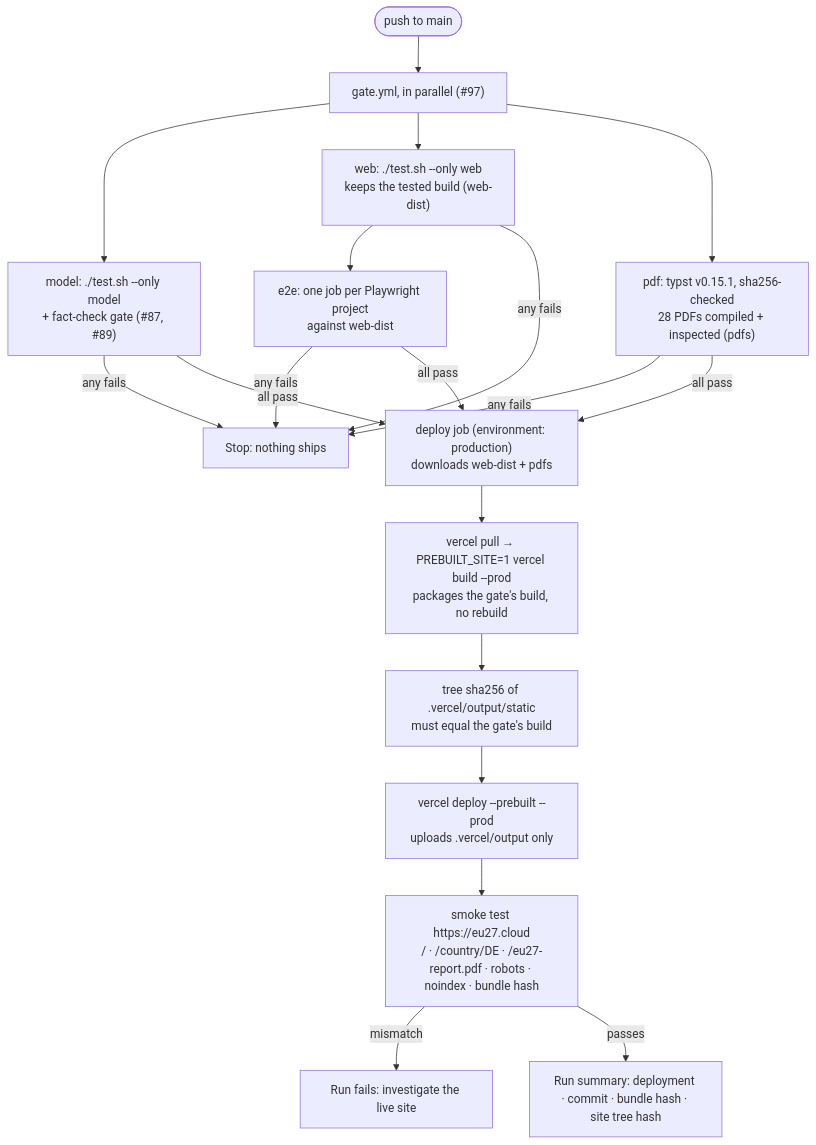
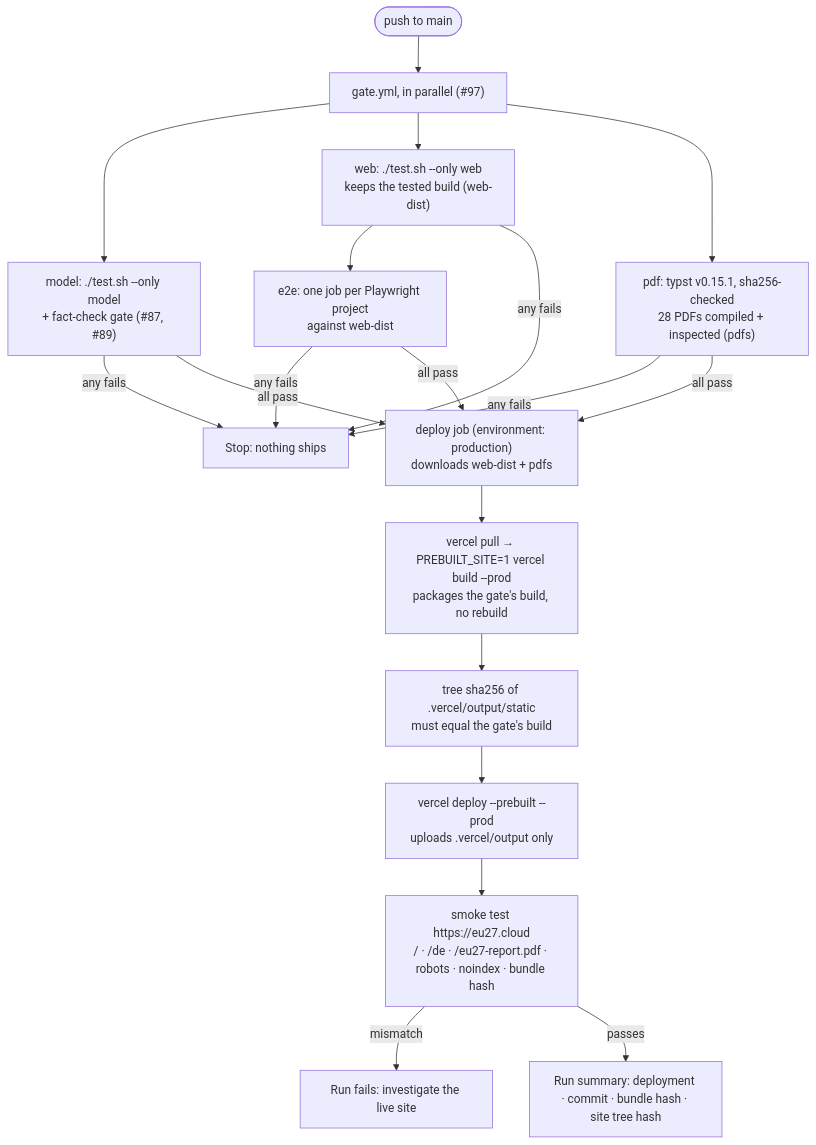
One commit to EU27-data-sovereignty/eu27-data-sovereignty changed the diagram in DEPLOYMENT.md. Above: the diagram before and after it, drawn with Mermaid. The commit also changed other lines of this file and 19 other files, not shown here.

````diff
--- a/DEPLOYMENT.md
+++ b/DEPLOYMENT.md
@@ -45,16 +45,16 @@
 ```mermaid
 flowchart TD
     P([push to main]) --> G["gate.yml, in parallel (#97)"]
     G --> GM["model: ./test.sh --only model<br/>+ fact-check gate (#87, #89)"]
     G --> GW["web: ./test.sh --only web<br/>keeps the tested build (web-dist)"]
     G --> GP["pdf: typst v0.15.1, sha256-checked<br/>28 PDFs compiled + inspected (pdfs)"]
     GW --> GE["e2e: one job per Playwright project<br/>against web-dist"]
     GM & GW & GP & GE -- any fails --> X1[Stop: nothing ships]
     GM & GP & GE -- all pass --> T["deploy job (environment: production)<br/>downloads web-dist + pdfs"]
     T --> B["vercel pull → PREBUILT_SITE=1 vercel build --prod<br/>packages the gate's build, no rebuild"]
     B --> H["tree sha256 of .vercel/output/static<br/>must equal the gate's build"]
     H --> D["vercel deploy --prebuilt --prod<br/>uploads .vercel/output only"]
-    D --> S["smoke test https://eu27.cloud<br/>/ · /country/DE · /eu27-report.pdf · robots · noindex · bundle hash"]
+    D --> S["smoke test https://eu27.cloud<br/>/ · /de · /eu27-report.pdf · robots · noindex · bundle hash"]
     S -- mismatch --> X2[Run fails: investigate the live site]
     S -- passes --> L[Run summary: deployment · commit · bundle hash · site tree hash]
 ```
````
